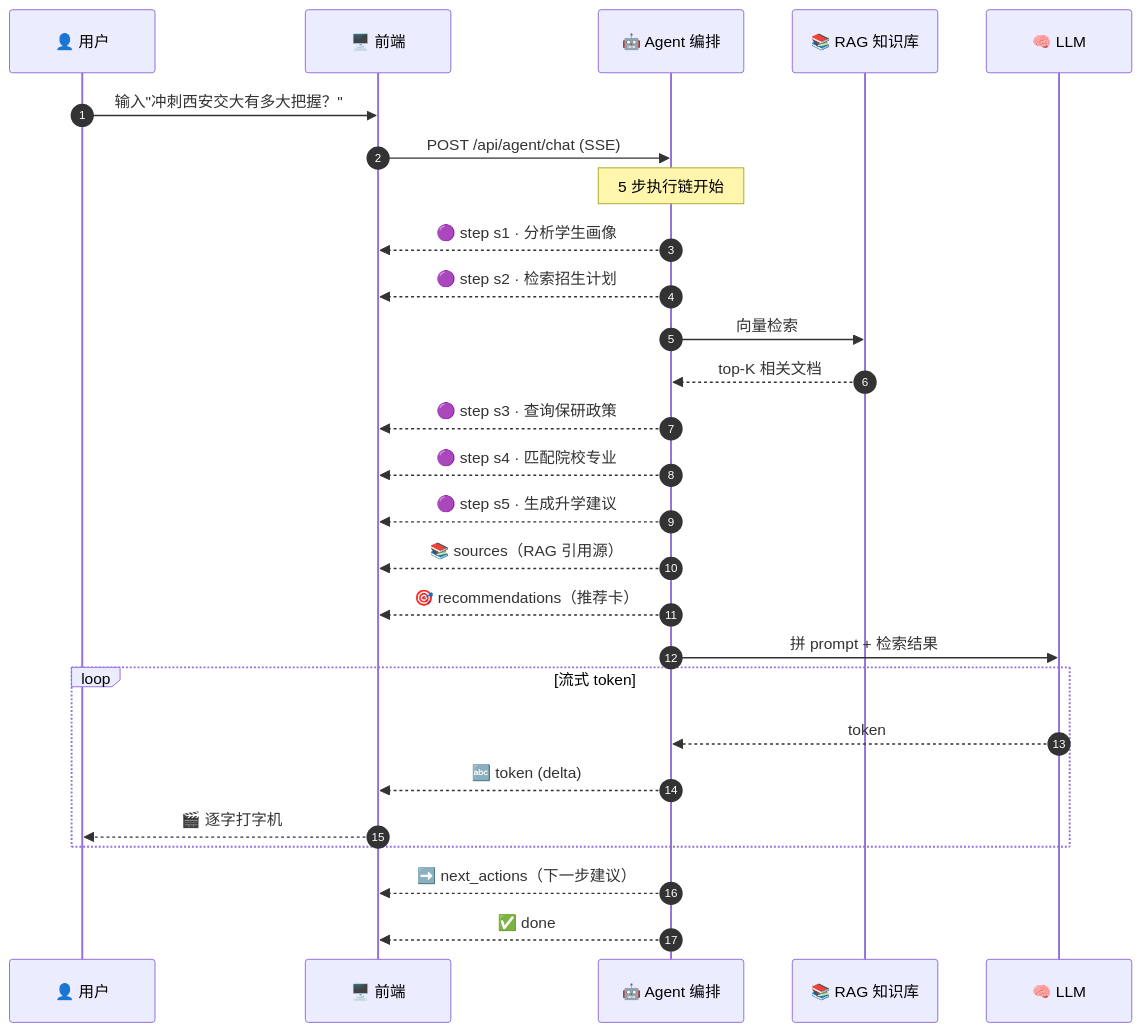
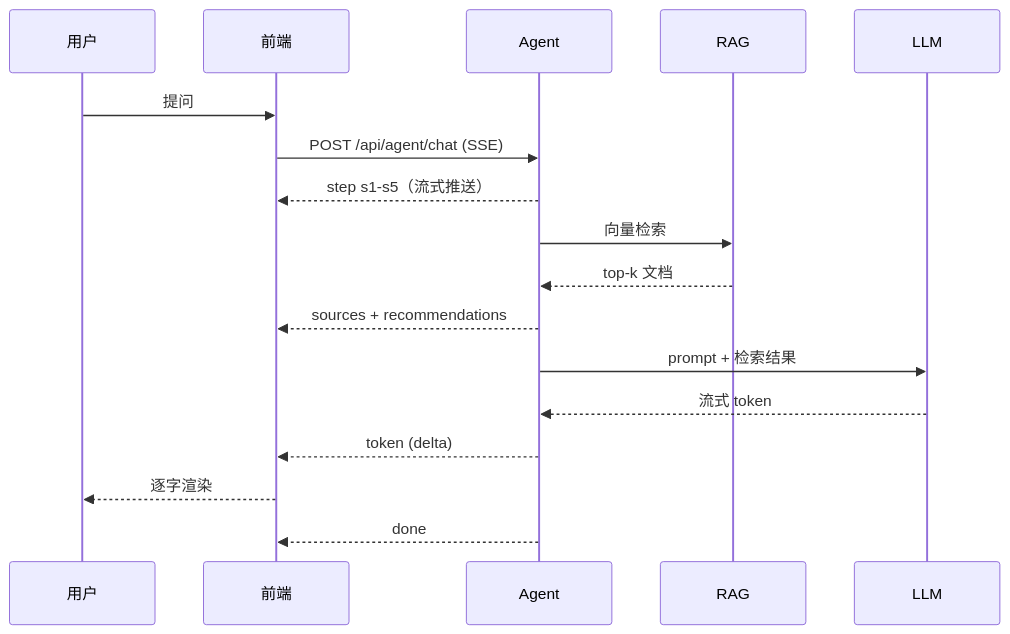
One commit to mear9713/gaokao changed the second of 2 diagrams in README.md. Above: the diagram before and after it, drawn with Mermaid. The commit also changed other lines of this file, not shown here.

````diff
--- a/README.md
+++ b/README.md
@@ -256,35 +156,20 @@
 ```mermaid
 sequenceDiagram
-  autonumber
-  participant U as 👤 用户
-  participant F as 🖥️ 前端
-  participant A as 🤖 Agent 编排
-  participant R as 📚 RAG 知识库
-  participant L as 🧠 LLM
+  participant U as 用户
+  participant F as 前端
+  participant A as Agent
+  participant R as RAG
+  participant L as LLM
 
-  U->>F: 输入"冲刺西安交大有多大把握？"
+  U->>F: 提问
   F->>A: POST /api/agent/chat (SSE)
-
-  Note over A: 5 步执行链开始
-
-  A-->>F: 🟣 step s1 · 分析学生画像
-  A-->>F: 🟣 step s2 · 检索招生计划
+  A-->>F: step s1-s5（流式推送）
   A->>R: 向量检索
-  R-->>A: top-K 相关文档
-  A-->>F: 🟣 step s3 · 查询保研政策
-  A-->>F: 🟣 step s4 · 匹配院校专业
-  A-->>F: 🟣 step s5 · 生成升学建议
-
-  A-->>F: 📚 sources（RAG 引用源）
-  A-->>F: 🎯 recommendations（推荐卡）
-
-  A->>L: 拼 prompt + 检索结果
-  loop 流式 token
-    L-->>A: token
-    A-->>F: 🔤 token (delta)
-    F-->>U: 🎬 逐字打字机
-  end
-
-  A-->>F: ➡️ next_actions（下一步建议）
-  A-->>F: ✅ done
+  R-->>A: top-k 文档
+  A-->>F: sources + recommendations
+  A->>L: prompt + 检索结果
+  L-->>A: 流式 token
+  A-->>F: token (delta)
+  F-->>U: 逐字渲染
+  A-->>F: done
 ```
````
